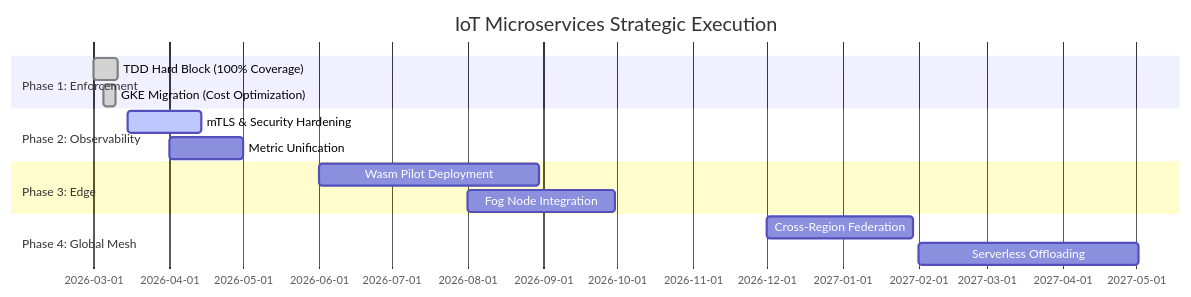
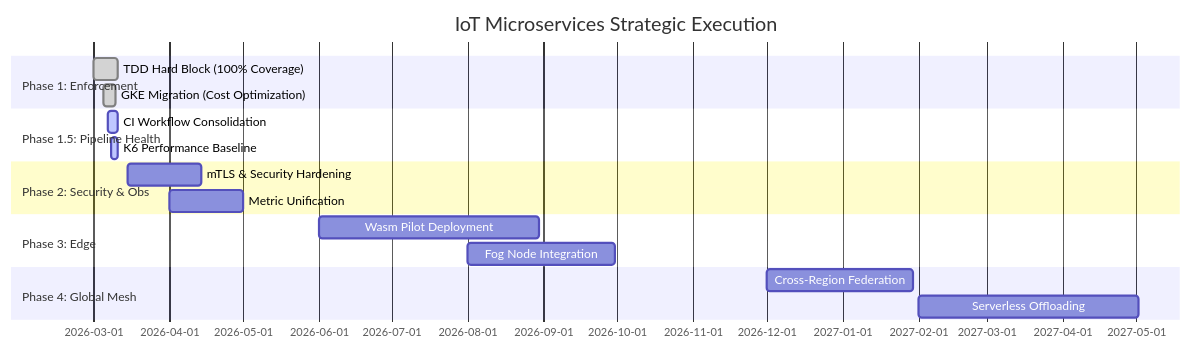
Before and after one commit to sergioitremotejobs2025-sketch/GreenHouse_Arduino: diagram 18 of 18 in Documentation/Version_1/Book_Version_1.md, drawn with Mermaid. The commit also changed other lines of this file and 2 other files, not shown here.

Commit message:
docs: finalize architectural manual and update roadmap for Phase 1.5 completion

````diff
--- a/Documentation/Version_1/Book_Version_1.md
+++ b/Documentation/Version_1/Book_Version_1.md
@@ -970,17 +979,20 @@
 ```mermaid
 gantt
     title IoT Microservices Strategic Execution
     dateFormat  YYYY-MM-DD
     section Phase 1: Enforcement
     TDD Hard Block (100% Coverage) :done, a1, 2026-03-01, 10d
     GKE Migration (Cost Optimization) :done, a2, 2026-03-05, 5d
-    section Phase 2: Observability
-    mTLS & Security Hardening      :active, b1, 2026-03-15, 30d
+    section Phase 1.5: Pipeline Health
+    CI Workflow Consolidation         :active, ph1, 2026-03-07, 4d
+    K6 Performance Baseline           :active, ph2, 2026-03-08, 3d
+    section Phase 2: Security & Obs
+    mTLS & Security Hardening      :b1, 2026-03-15, 30d
     Metric Unification             :b2, 2026-04-01, 30d
     section Phase 3: Edge
     Wasm Pilot Deployment          :c1, 2026-06-01, 90d
     Fog Node Integration           :c2, 2026-08-01, 60d
     section Phase 4: Global Mesh
     Cross-Region Federation        :d1, 2026-12-01, 60d
     Serverless Offloading          :d2, 2027-02-01, 90d
 ```
````
